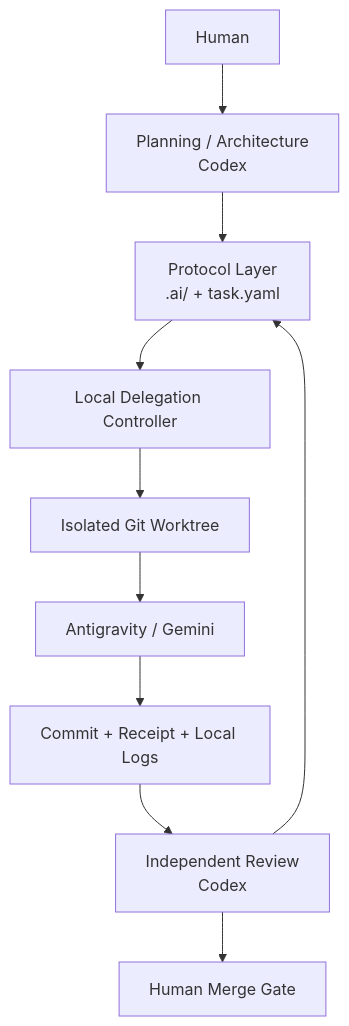
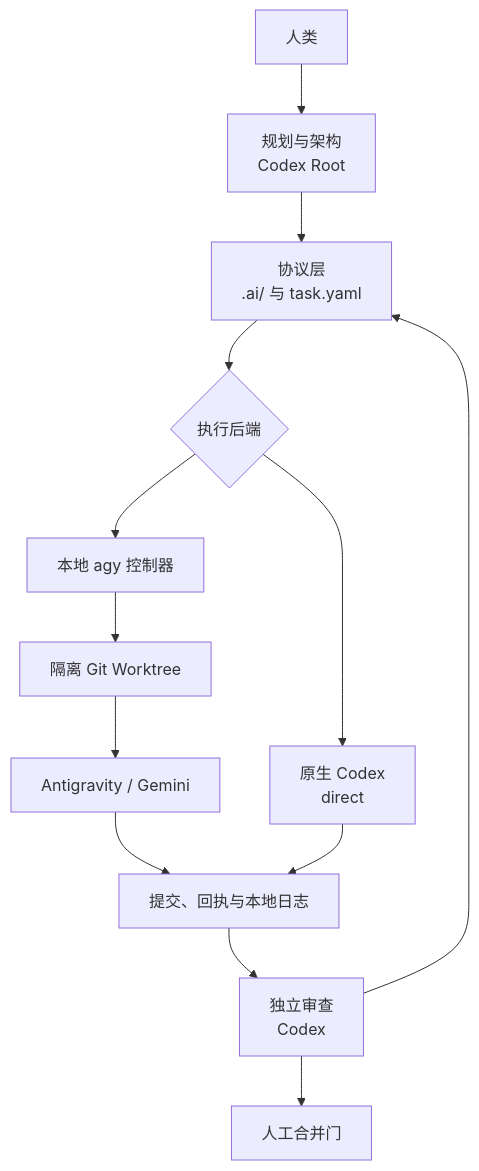
Before and after one commit to zhttttttty/gpt-antigravity-dev-control: the diagram in docs/ARCHITECTURE.md, drawn with Mermaid. The commit also changed other lines of this file and 104 other files, not shown here.

````diff
--- a/docs/ARCHITECTURE.md
+++ b/docs/ARCHITECTURE.md
@@ -12,12 +12,15 @@
 ```mermaid
 flowchart TB
-  U[Human] --> P[Planning / Architecture\nCodex]
-  P --> C[Protocol Layer\n.ai/ + task.yaml]
-  C --> D[Local Delegation Controller]
-  D --> W[Isolated Git Worktree]
+  U[人类] --> P[规划与架构<br/>Codex Root]
+  P --> C[协议层<br/>.ai/ 与 task.yaml]
+  C --> B{执行后端}
+  B --> N[原生 Codex<br/>direct]
+  B --> D[本地 agy 控制器]
+  D --> W[隔离 Git Worktree]
   W --> E[Antigravity / Gemini]
-  E --> G[Commit + Receipt + Local Logs]
-  G --> R[Independent Review\nCodex]
+  E --> G[提交、回执与本地日志]
+  N --> G
+  G --> R[独立审查<br/>Codex]
   R --> C
-  R --> M[Human Merge Gate]
+  R --> M[人工合并门]
 ```
````
